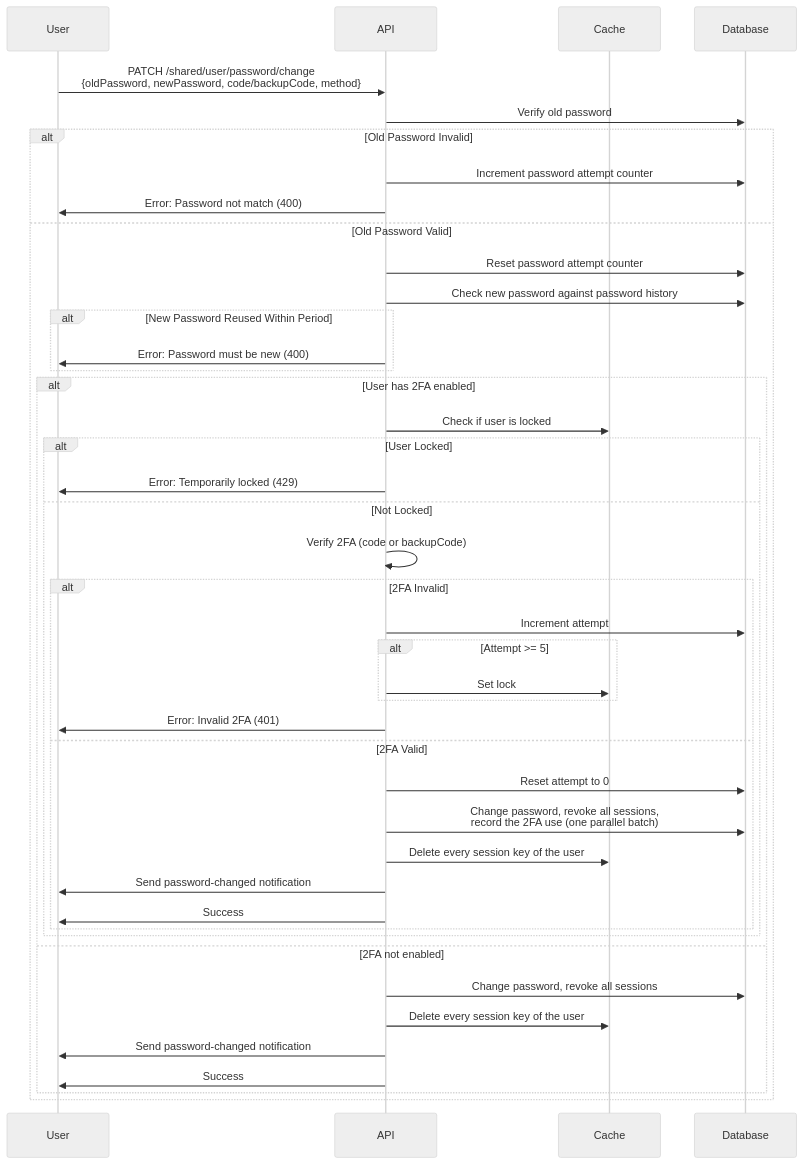
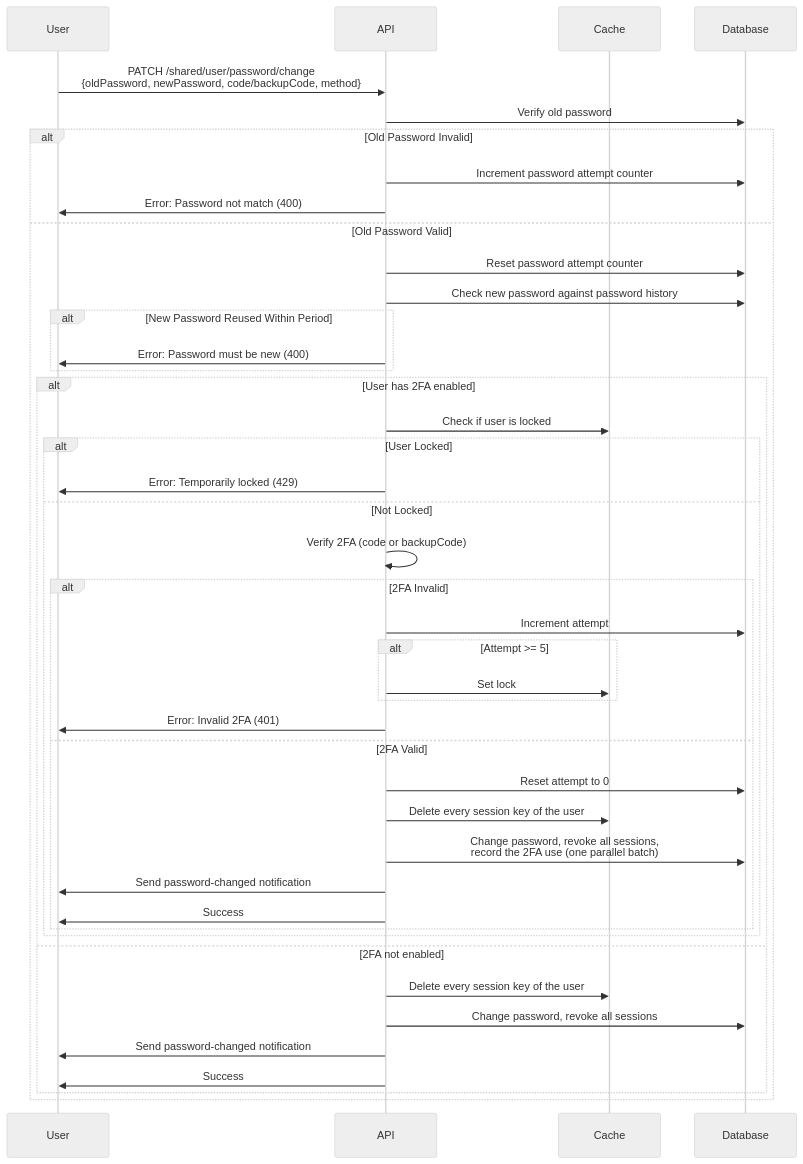
The seventh of 9 diagrams in docs/two-factor.md (andrechristikan/ack-nestjs-boilerplate), drawn with Mermaid (neutral theme) before and after one commit. The commit also changed other lines of this file and 24 other files, not shown here.

````diff
--- a/docs/two-factor.md
+++ b/docs/two-factor.md
@@ -395,46 +395,46 @@
 ```mermaid
 sequenceDiagram
     participant User
     participant API
     participant Cache
     participant Database
 
     User->>API: PATCH /shared/user/password/change<br/>{oldPassword, newPassword, code/backupCode, method}
     API->>Database: Verify old password
     alt Old Password Invalid
         API->>Database: Increment password attempt counter
         API->>User: Error: Password not match (400)
     else Old Password Valid
         API->>Database: Reset password attempt counter
         API->>Database: Check new password against password history
         alt New Password Reused Within Period
             API->>User: Error: Password must be new (400)
         end
         alt User has 2FA enabled
             API->>Cache: Check if user is locked
             alt User Locked
                 API->>User: Error: Temporarily locked (429)
             else Not Locked
                 API->>API: Verify 2FA (code or backupCode)
                 alt 2FA Invalid
                     API->>Database: Increment attempt
                     alt Attempt >= 5
                         API->>Cache: Set lock
                     end
                     API->>User: Error: Invalid 2FA (401)
                 else 2FA Valid
                     API->>Database: Reset attempt to 0
+                    API->>Cache: Delete every session key of the user
                     API->>Database: Change password, revoke all sessions,<br/>record the 2FA use (one parallel batch)
-                    API->>Cache: Delete every session key of the user
                     API->>User: Send password-changed notification
                     API->>User: Success
                 end
             end
         else 2FA not enabled
+            API->>Cache: Delete every session key of the user
             API->>Database: Change password, revoke all sessions
-            API->>Cache: Delete every session key of the user
             API->>User: Send password-changed notification
             API->>User: Success
         end
     end
 ```
````
